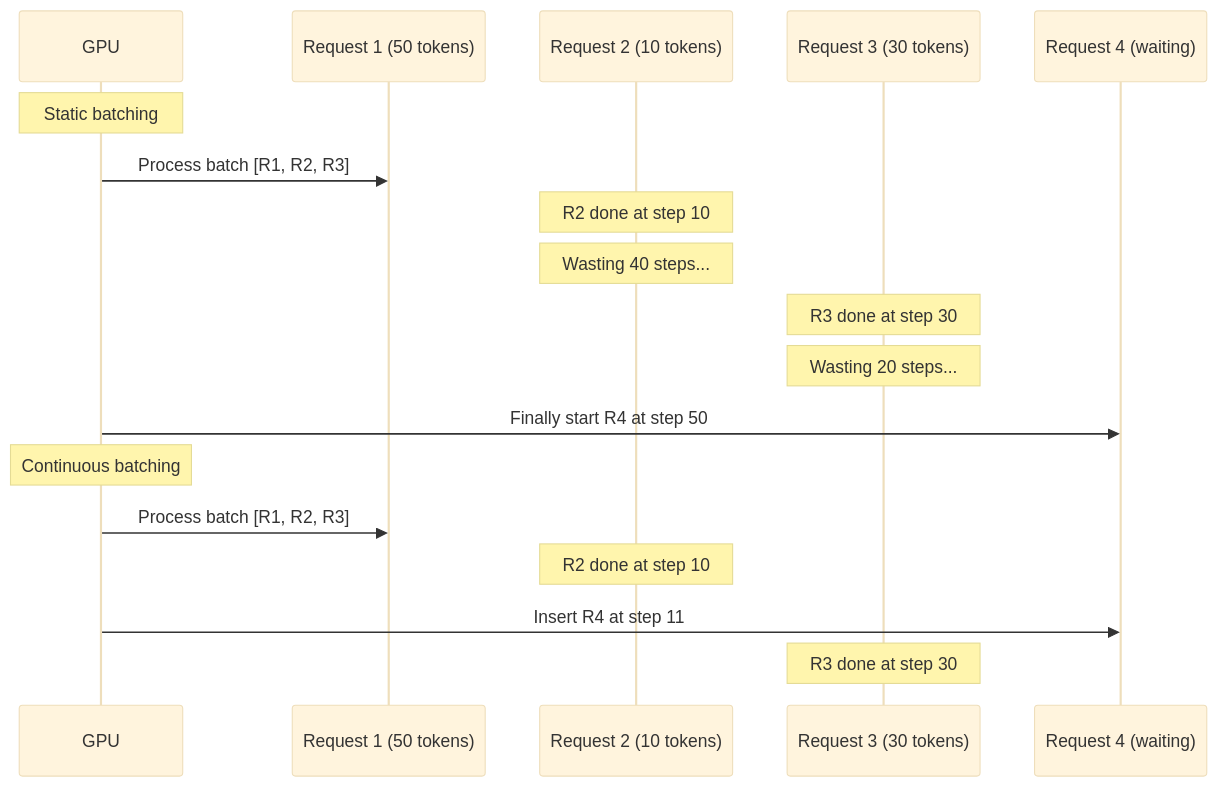
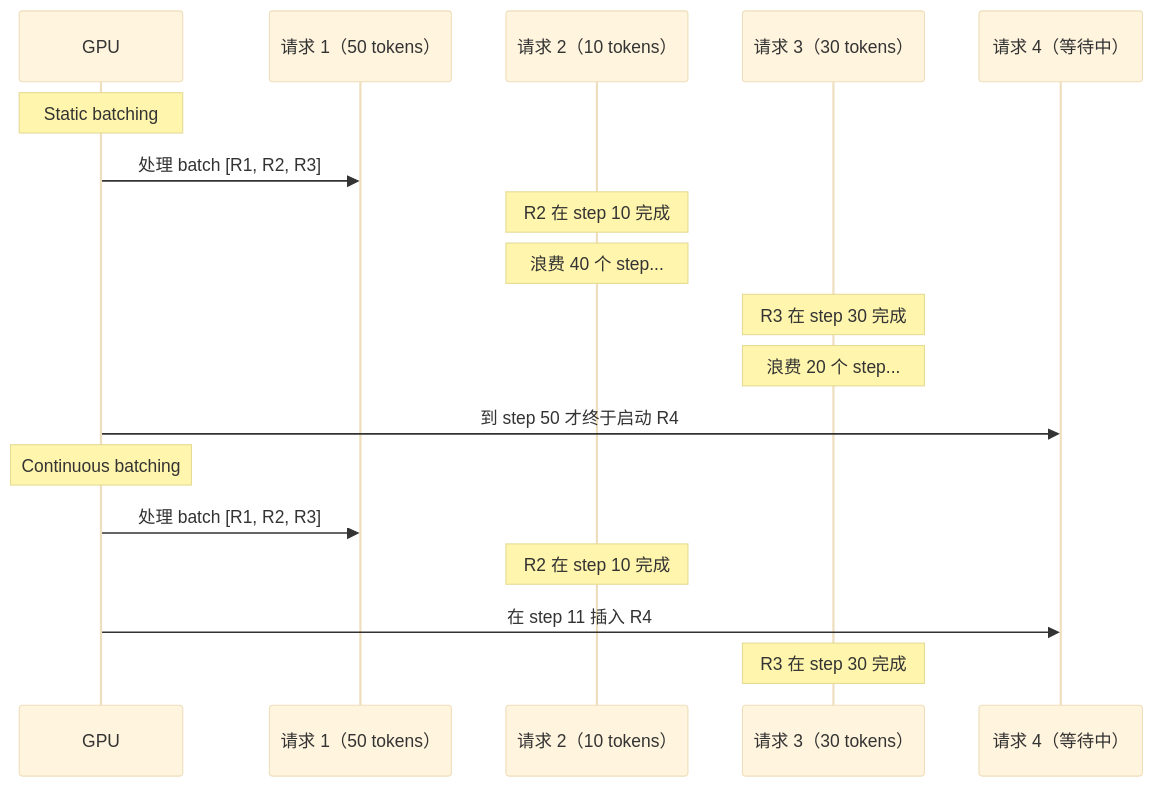
Before and after one commit to husky1102/ai-engineering-from-scratch-zh: the third of 5 diagrams in phases/10-llms-from-scratch/12-inference-optimization/docs/zh-CN.md, drawn with Mermaid (base theme). The commit also changed other lines of this file and 1 other file, not shown here.

````diff
--- a/phases/10-llms-from-scratch/12-inference-optimization/docs/zh-CN.md
+++ b/phases/10-llms-from-scratch/12-inference-optimization/docs/zh-CN.md
@@ -105,22 +105,22 @@
 ```mermaid
 sequenceDiagram
     participant GPU
-    participant R1 as Request 1 (50 tokens)
-    participant R2 as Request 2 (10 tokens)
-    participant R3 as Request 3 (30 tokens)
-    participant R4 as Request 4 (waiting)
+    participant R1 as 请求 1（50 tokens）
+    participant R2 as 请求 2（10 tokens）
+    participant R3 as 请求 3（30 tokens）
+    participant R4 as 请求 4（等待中）
 
     Note over GPU: Static batching
-    GPU->>R1: Process batch [R1, R2, R3]
-    Note over R2: R2 done at step 10
-    Note over R2: Wasting 40 steps...
-    Note over R3: R3 done at step 30
-    Note over R3: Wasting 20 steps...
-    GPU->>R4: Finally start R4 at step 50
+    GPU->>R1: 处理 batch [R1, R2, R3]
+    Note over R2: R2 在 step 10 完成
+    Note over R2: 浪费 40 个 step...
+    Note over R3: R3 在 step 30 完成
+    Note over R3: 浪费 20 个 step...
+    GPU->>R4: 到 step 50 才终于启动 R4
 
     Note over GPU: Continuous batching
-    GPU->>R1: Process batch [R1, R2, R3]
-    Note over R2: R2 done at step 10
-    GPU->>R4: Insert R4 at step 11
-    Note over R3: R3 done at step 30
+    GPU->>R1: 处理 batch [R1, R2, R3]
+    Note over R2: R2 在 step 10 完成
+    GPU->>R4: 在 step 11 插入 R4
+    Note over R3: R3 在 step 30 完成
 ```
````
